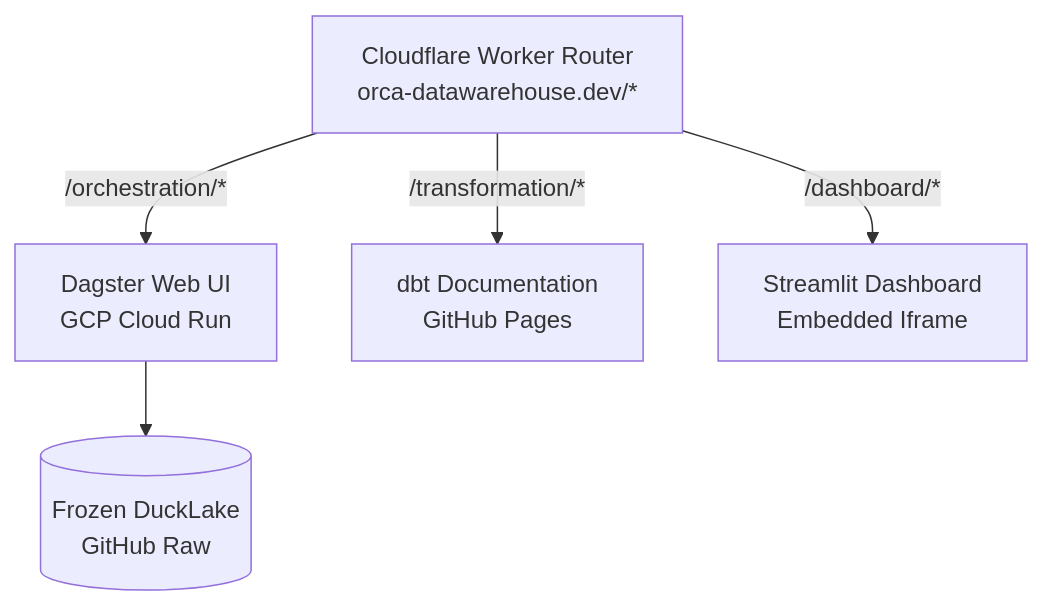
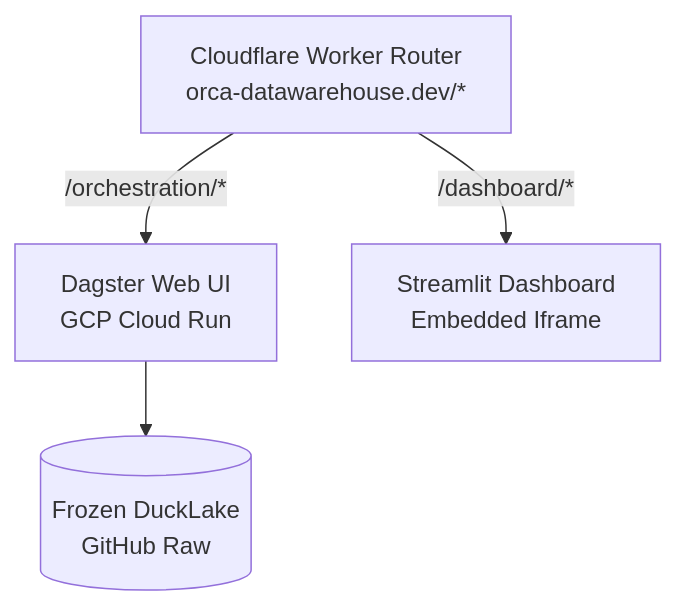
The diagram in deployment/README.md (mathisdrn/orca), drawn with Mermaid before and after one commit. The commit also changed other lines of this file and 42 other files, not shown here.

Commit message:
feat(transformation): replace dbt with typed Ibis DuckLake models (v0.7.0)

````diff
--- a/deployment/README.md
+++ b/deployment/README.md
@@ -7,8 +7,7 @@
 ```mermaid
 graph TD
     Router[Cloudflare Worker Router<br/>orca-datawarehouse.dev/*] -->|/orchestration/*| Dagster[Dagster Web UI<br/>GCP Cloud Run]
-    Router -->|/transformation/*| dbt[dbt Documentation<br/>GitHub Pages]
     Router -->|/dashboard/*| Streamlit[Streamlit Dashboard<br/>Embedded Iframe]
 
     Dagster --> DuckLake[(Frozen DuckLake<br/>GitHub Raw)]
 ```
````
